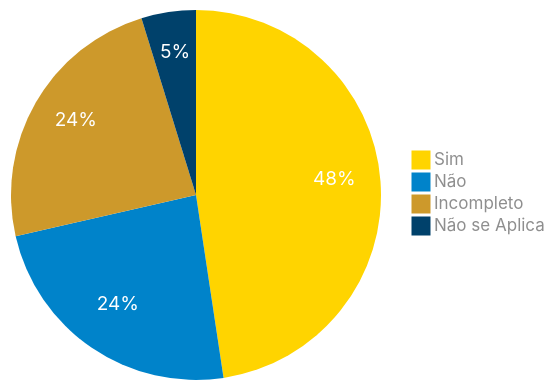
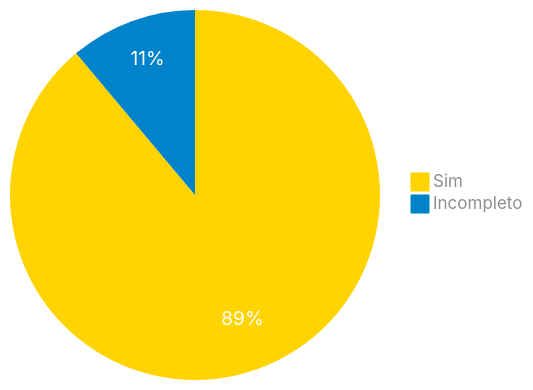
Before and after one commit to Requisitos-de-Software/2024.1-Correios: the diagram in docs/verificacao/grupo/pre-rastreabilidade/richpicture.md, drawn with Mermaid. The commit also changed other lines of this file and 2 other files, not shown here.

Commit message:
add missing sources

````diff
--- a/docs/verificacao/grupo/pre-rastreabilidade/richpicture.md
+++ b/docs/verificacao/grupo/pre-rastreabilidade/richpicture.md
@@ -84,24 +84,22 @@
 ``` mermaid
 %%{
   init: {
     'theme': 'base',
     'themeVariables': {
         'primaryColor': '#FFD400',
         'secondaryColor': '#0083CA',
         'tertiaryColor': '#CD992B',
         'pie4': '#00416B',
         'primaryTextColor': '#8e8e8e',
         'pieStrokeWidth': '0px',
         'pieOuterStrokeWidth': '0px',
         'pieOpacity': '1',
         'pieSectionTextColor': '#fff',
         'pieSectionTextSize': '19px'
     }
   }
 }%%
 pie
-    "Sim" : 10
-    "Não" : 5
-    "Incompleto" : 5
-    "Não se Aplica" : 1
+    "Sim" : 8
+    "Incompleto" : 1
 ```
````
